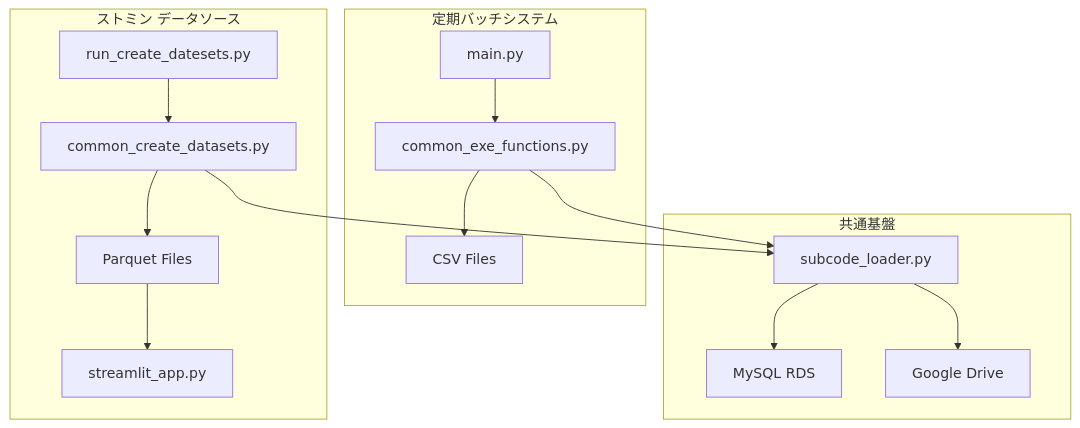
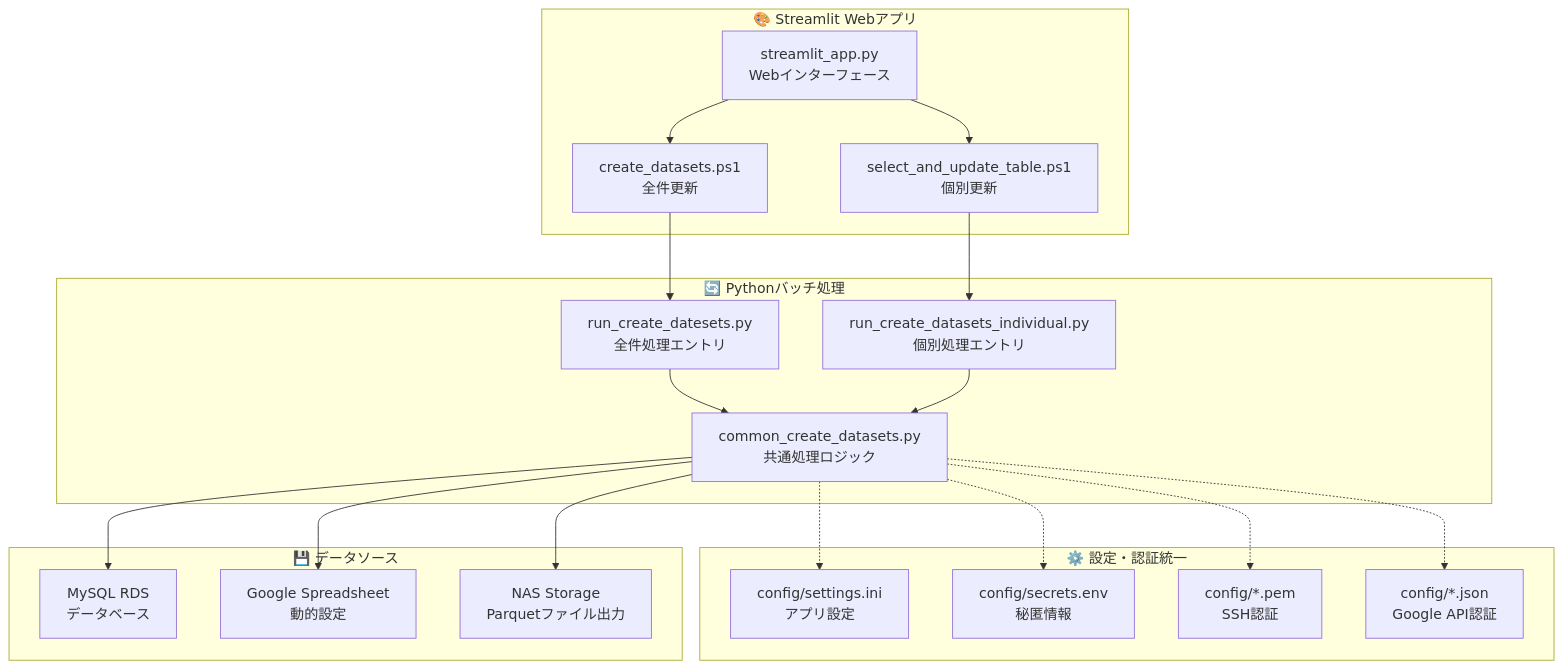
One commit to gucchon001/GIG_SQL changed the diagram in docs/README.md. Above: the diagram before and after it, drawn with Mermaid. The commit also changed other lines of this file and 4 other files, not shown here.

````diff
--- a/docs/README.md
+++ b/docs/README.md
@@ -34,28 +34,43 @@
 ```mermaid
 graph TB
-    subgraph "定期バッチシステム"
-        A1[main.py]
-        A2[common_exe_functions.py]
-        A3[CSV Files]
+    subgraph "🎨 Streamlit Webアプリ"
+        UI[streamlit_app.py<br/>Webインターフェース]
+        PS1[create_datasets.ps1<br/>全件更新]
+        PS2[select_and_update_table.ps1<br/>個別更新]
     end
 
-    subgraph "ストミン データソース"
-        B1[run_create_datesets.py]
-        B2[common_create_datasets.py]
-        B3[Parquet Files]
-        B4[streamlit_app.py]
+    subgraph "🔄 Pythonバッチ処理"
+        PY1[run_create_datesets.py<br/>全件処理エントリ]
+        PY2[run_create_datasets_individual.py<br/>個別処理エントリ]
+        CORE[common_create_datasets.py<br/>共通処理ロジック]
     end
 
-    subgraph "共通基盤"
-        C1[MySQL RDS]
-        C2[Google Drive]
-        C3[subcode_loader.py]
+    subgraph "⚙️ 設定・認証統一"
+        CONF[config/settings.ini<br/>アプリ設定]
+        SEC[config/secrets.env<br/>秘匿情報]
+        PEM[config/*.pem<br/>SSH認証]
+        JSON[config/*.json<br/>Google API認証]
     end
 
-    A1 --> A2 --> A3
-    B1 --> B2 --> B3 --> B4
-    A2 --> C3
-    B2 --> C3
-    C3 --> C1
-    C3 --> C2
+    subgraph "💾 データソース"
+        MYSQL[MySQL RDS<br/>データベース]
+        SHEETS[Google Spreadsheet<br/>動的設定]
+        NAS[NAS Storage<br/>Parquetファイル出力]
+    end
+
+    UI --> PS1
+    UI --> PS2
+    PS1 --> PY1
+    PS2 --> PY2
+    PY1 --> CORE
+    PY2 --> CORE
+    
+    CORE --> MYSQL
+    CORE --> SHEETS
+    CORE --> NAS
+    
+    CORE -.-> CONF
+    CORE -.-> SEC
+    CORE -.-> PEM
+    CORE -.-> JSON
 ```
````
